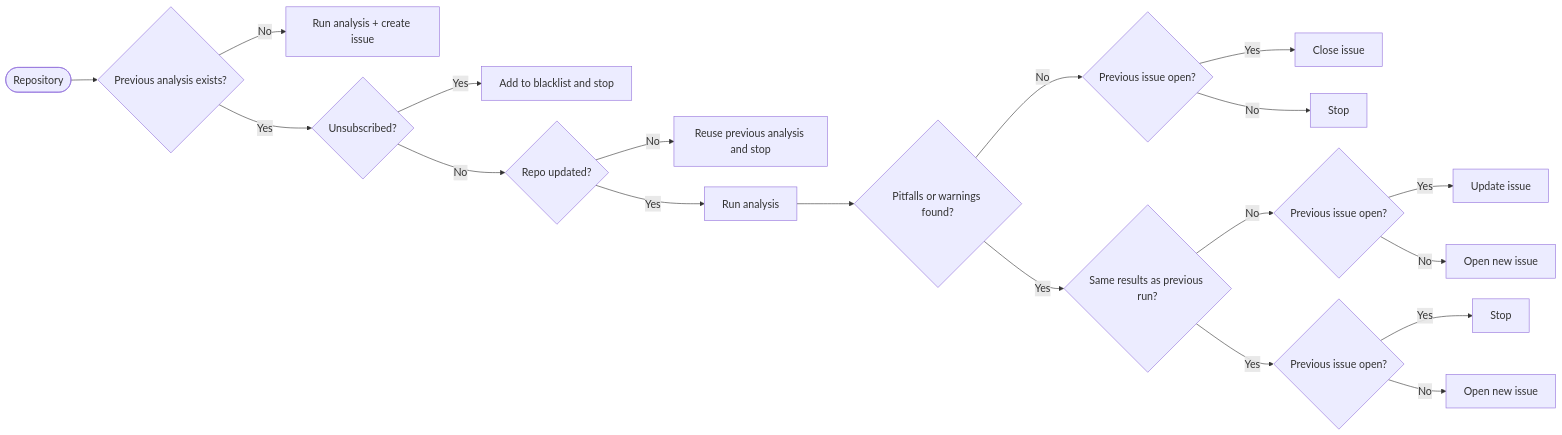
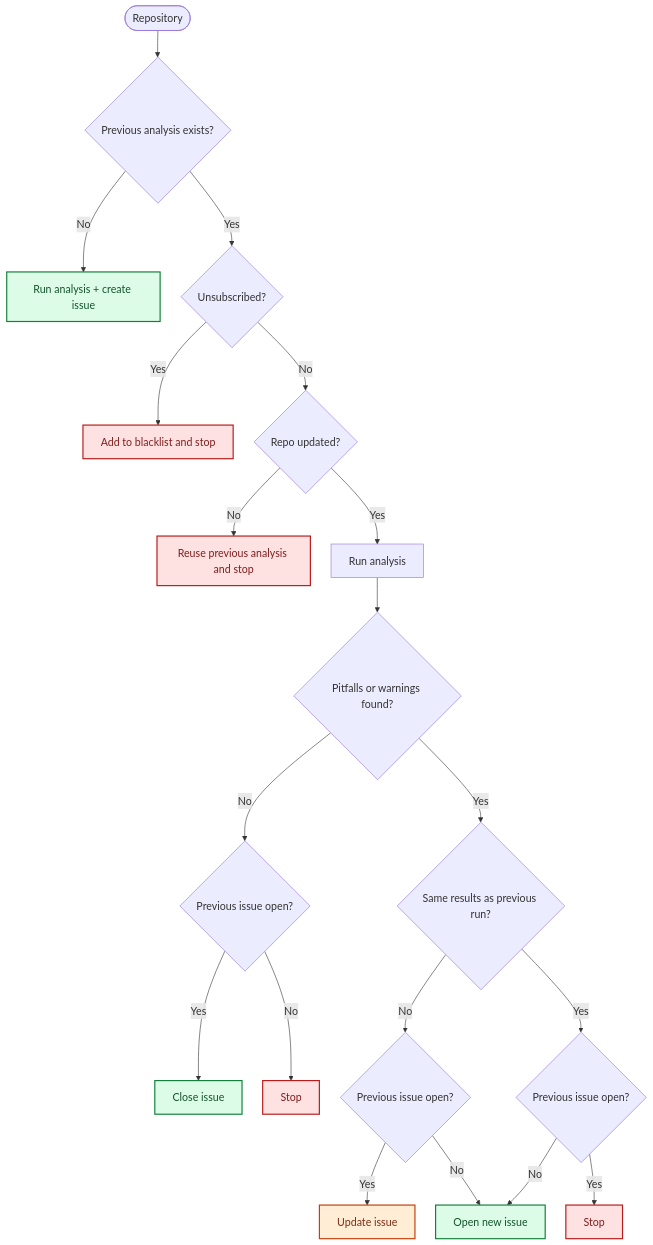
The diagram in docs/usage.rst (SoftwareUnderstanding/sw-metadata-bot), drawn with Mermaid before and after one commit. The commit also changed 2 other files, not shown here.

Commit message:
make mermaid diagram full width and adds colors

```diff
--- a/docs/usage.rst
+++ b/docs/usage.rst
@@ -143,40 +143,56 @@
 .. mermaid::
+   :name: issue_decision_tree
+   :align: center
 
    %%{init: {
      "flowchart": {
        "htmlLabels": true,
        "useMaxWidth": true,
        "nodeSpacing": 35,
        "rankSpacing": 45
      },
      "themeVariables": {
        "fontSize": "18px"
      }
    }}%%
-   flowchart LR
+   flowchart TB
        repo([Repository]) --> prev{Previous analysis exists?}
 
        prev -- No --> full[Run analysis + create issue]
 
        prev -- Yes --> unsub{Unsubscribed?}
        unsub -- Yes --> blacklist[Add to blacklist and stop]
 
        unsub -- No --> updated{Repo updated?}
        updated -- No --> copy[Reuse previous analysis and stop]
 
        updated -- Yes --> run[Run analysis]
        run --> warn{Pitfalls or warnings found?}
 
        warn -- No --> openNoWarn{Previous issue open?}
        openNoWarn -- Yes --> close[Close issue]
        openNoWarn -- No --> stop1[Stop]
 
        warn -- Yes --> same{Same results as previous run?}
 
        same -- No --> openA{Previous issue open?}
        openA -- Yes --> update[Update issue]
        openA -- No --> newA[Open new issue]
 
        same -- Yes --> openB{Previous issue open?}
        openB -- Yes --> stop2[Stop]
-       openB -- No --> newB[Open new issue]
+       openB -- No --> newA[Open new issue]
+
+      classDef orange fill:#ffedd5,stroke:#c2410c,color:#7c2d12,stroke-width:2px;
+      classDef green fill:#dcfce7,stroke:#15803d,color:#14532d,stroke-width:2px;
+      classDef red fill:#fee2e2,stroke:#b91c1c,color:#7f1d1d,stroke-width:2px;
+
+
+      class full green;
+      class blacklist red;
+      class copy red;
+      class close green;
+      class stop1 red;
+      class update orange;
+      class newA green;
+      class stop2 red;
```
